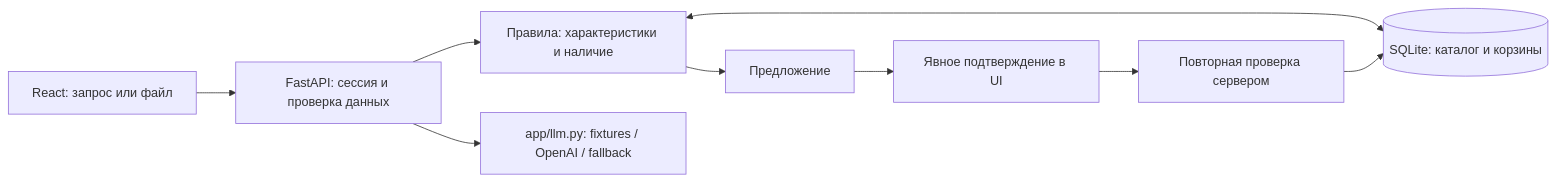
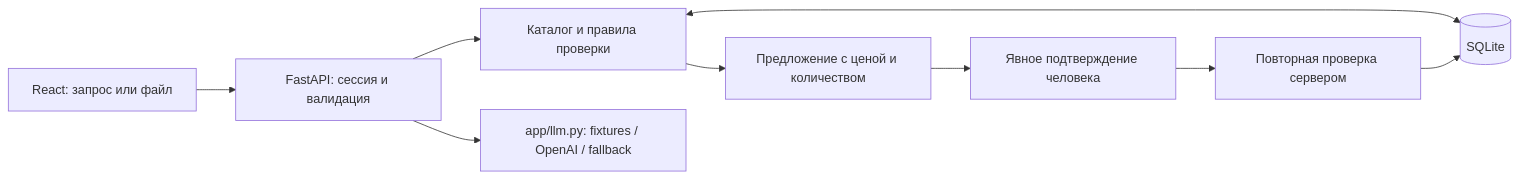
One commit to BAITC-Hacks/hack-0a6c3bd5-ai-association changed the diagram in README.md. Above: the diagram before and after it, drawn with Mermaid. The commit also changed other lines of this file and 24 other files, not shown here.

````diff
--- a/README.md
+++ b/README.md
@@ -28,11 +30,11 @@
 ```mermaid
 flowchart LR
-    UI[React: запрос или файл] --> API[FastAPI: сессия и проверка данных]
-    API --> RULES[Правила: характеристики и наличие]
-    RULES <--> DB[(SQLite: каталог и корзины)]
+    UI[React: запрос или файл] --> API[FastAPI: сессия и валидация]
+    API --> RULES[Каталог и правила проверки]
+    RULES <--> DB[(SQLite)]
     API --> LLM[app/llm.py: fixtures / OpenAI / fallback]
-    RULES --> P[Предложение]
-    P --> C[Явное подтверждение в UI]
-    C --> V[Повторная проверка сервером]
-    V --> DB
+    RULES --> P[Предложение с ценой и количеством]
+    P --> USER[Явное подтверждение человека]
+    USER --> CHECK[Повторная проверка сервером]
+    CHECK --> DB
 ```
````
